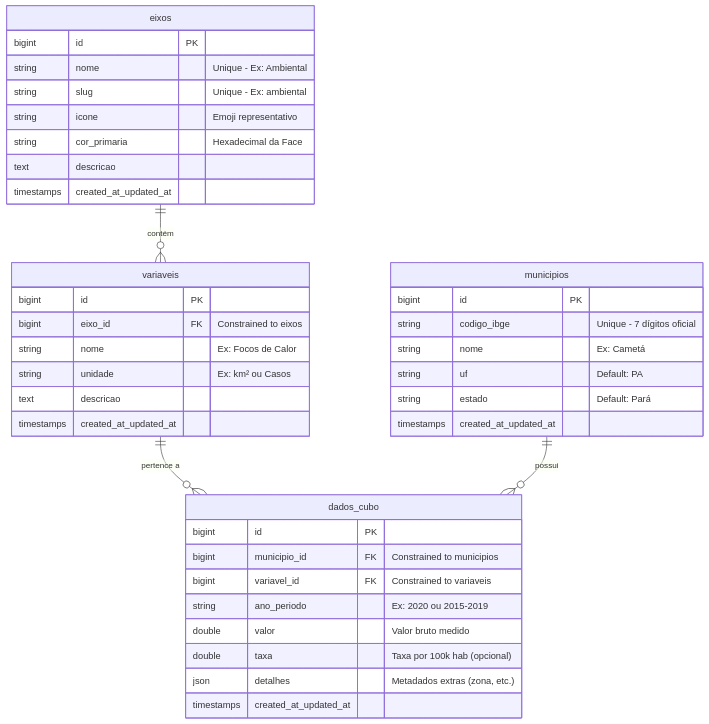
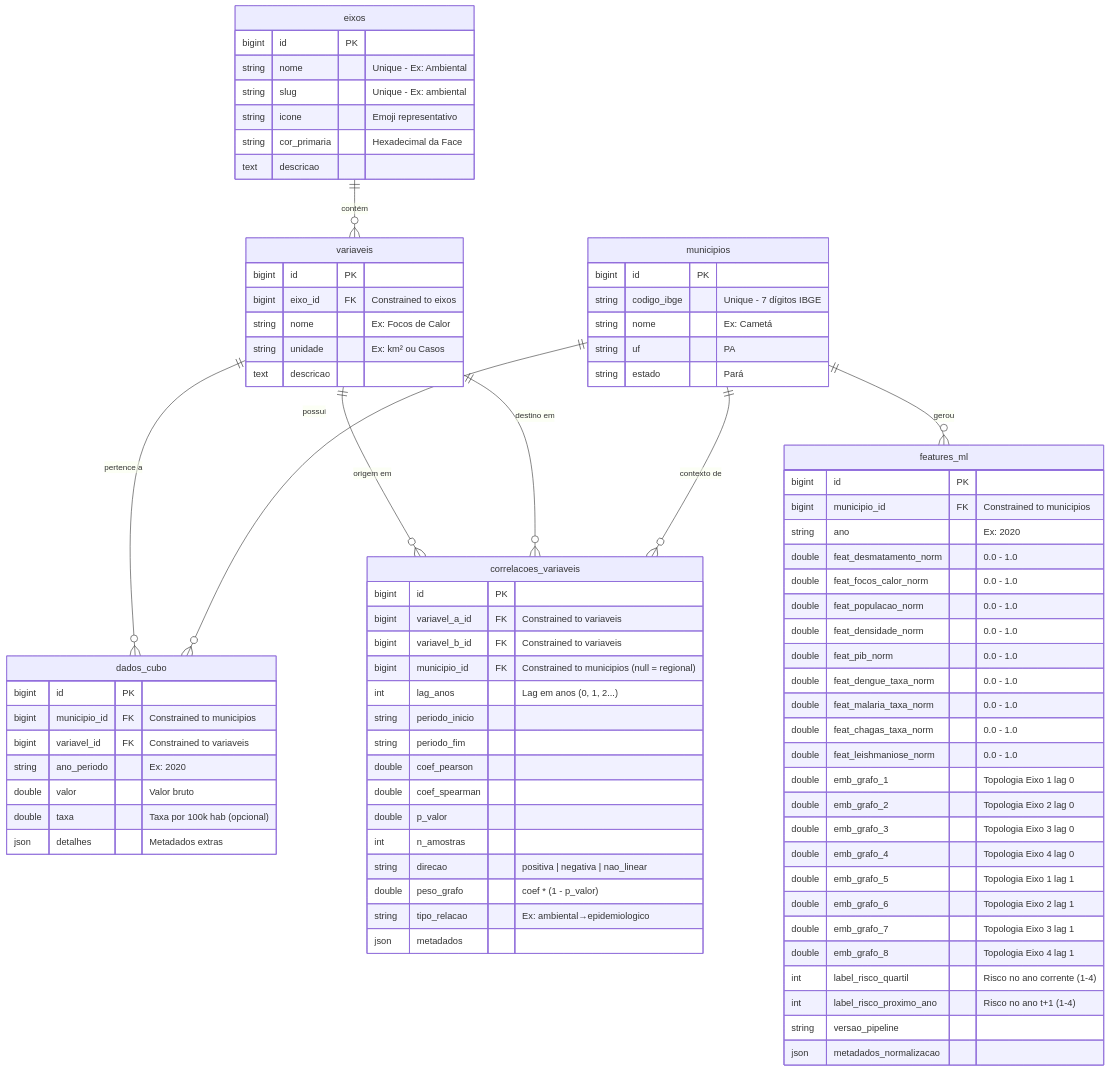
Before and after one commit to murilohenderson/Cubo-de-Dados-Projeto-Trajetorias: the diagram in README.md, drawn with Mermaid. The commit also changed other lines of this file, not shown here.

````diff
--- a/README.md
+++ b/README.md
@@ -81,5 +127,13 @@
 ```mermaid
 erDiagram
+    municipios {
+        bigint id PK
+        string codigo_ibge "Unique - 7 dígitos IBGE"
+        string nome "Ex: Cametá"
+        string uf "PA"
+        string estado "Pará"
+    }
+
     eixos {
         bigint id PK
         string nome "Unique - Ex: Ambiental"
@@ -87,7 +141,6 @@
         string icone "Emoji representativo"
         string cor_primaria "Hexadecimal da Face"
         text descricao
-        timestamps created_at_updated_at
     }
 
     variaveis {
@@ -96,30 +149,70 @@
         string nome "Ex: Focos de Calor"
         string unidade "Ex: km² ou Casos"
         text descricao
-        timestamps created_at_updated_at
-    }
-
-    municipios {
-        bigint id PK
-        string codigo_ibge "Unique - 7 dígitos oficial"
-        string nome "Ex: Cametá"
-        string uf "Default: PA"
-        string estado "Default: Pará"
-        timestamps created_at_updated_at
     }
 
     dados_cubo {
         bigint id PK
         bigint municipio_id FK "Constrained to municipios"
         bigint variavel_id FK "Constrained to variaveis"
-        string ano_periodo "Ex: 2020 ou 2015-2019"
-        double valor "Valor bruto medido"
+        string ano_periodo "Ex: 2020"
+        double valor "Valor bruto"
         double taxa "Taxa por 100k hab (opcional)"
-        json detalhes "Metadados extras (zona, etc.)"
-        timestamps created_at_updated_at
+        json detalhes "Metadados extras"
+    }
+
+    correlacoes_variaveis {
+        bigint id PK
+        bigint variavel_a_id FK "Constrained to variaveis"
+        bigint variavel_b_id FK "Constrained to variaveis"
+        bigint municipio_id FK "Constrained to municipios (null = regional)"
+        int lag_anos "Lag em anos (0, 1, 2...)"
+        string periodo_inicio
+        string periodo_fim
+        double coef_pearson
+        double coef_spearman
+        double p_valor
+        int n_amostras
+        string direcao "positiva | negativa | nao_linear"
+        double peso_grafo "coef * (1 - p_valor)"
+        string tipo_relacao "Ex: ambiental→epidemiologico"
+        json metadados
+    }
+
+    features_ml {
+        bigint id PK
+        bigint municipio_id FK "Constrained to municipios"
+        string ano "Ex: 2020"
+        double feat_desmatamento_norm "0.0 - 1.0"
+        double feat_focos_calor_norm "0.0 - 1.0"
+        double feat_populacao_norm "0.0 - 1.0"
+        double feat_densidade_norm "0.0 - 1.0"
+        double feat_pib_norm "0.0 - 1.0"
+        double feat_dengue_taxa_norm "0.0 - 1.0"
+        double feat_malaria_taxa_norm "0.0 - 1.0"
+        double feat_chagas_taxa_norm "0.0 - 1.0"
+        double feat_leishmaniose_norm "0.0 - 1.0"
+        double emb_grafo_1 "Topologia Eixo 1 lag 0"
+        double emb_grafo_2 "Topologia Eixo 2 lag 0"
+        double emb_grafo_3 "Topologia Eixo 3 lag 0"
+        double emb_grafo_4 "Topologia Eixo 4 lag 0"
+        double emb_grafo_5 "Topologia Eixo 1 lag 1"
+        double emb_grafo_6 "Topologia Eixo 2 lag 1"
+        double emb_grafo_7 "Topologia Eixo 3 lag 1"
+        double emb_grafo_8 "Topologia Eixo 4 lag 1"
+        int label_risco_quartil "Risco no ano corrente (1-4)"
+        int label_risco_proximo_ano "Risco no ano t+1 (1-4)"
+        string versao_pipeline
+        json metadados_normalizacao
     }
 
     eixos ||--o{ variaveis : "contém"
     variaveis ||--o{ dados_cubo : "pertence a"
     municipios ||--o{ dados_cubo : "possui"
+    
+    variaveis ||--o{ correlacoes_variaveis : "origem em"
+    variaveis ||--o{ correlacoes_variaveis : "destino em"
+    municipios ||--o{ correlacoes_variaveis : "contexto de"
+
+    municipios ||--o{ features_ml : "gerou"
 ```
````
